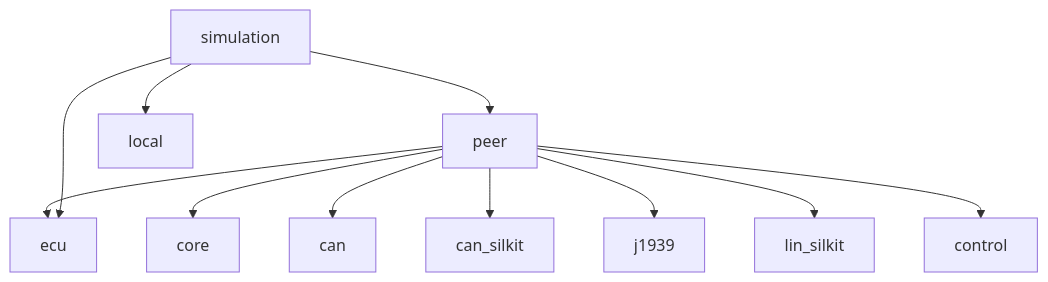
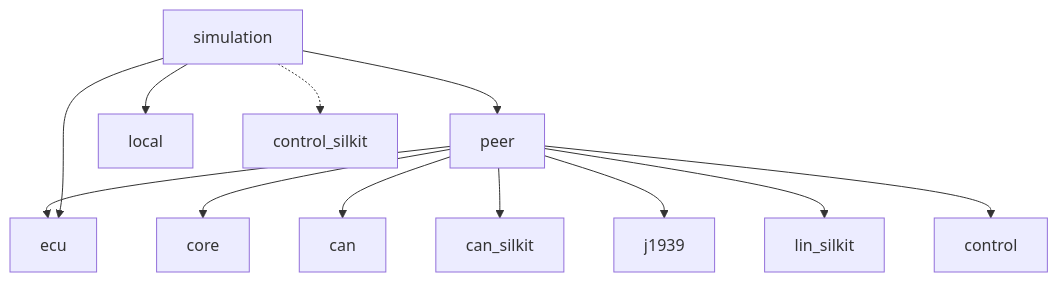
The fifth of 7 diagrams in docs/code-map.md (rahanahu/vehicle-sil), drawn with Mermaid before and after one commit. The commit also changed other lines of this file and 55 other files, not shown here.

````diff
--- a/docs/code-map.md
+++ b/docs/code-map.md
@@ -153,13 +155,14 @@
 ```mermaid
 flowchart TD
     peer --> core
     peer --> can
     peer --> can_silkit
     peer --> ecu
     peer --> j1939
     peer --> lin_silkit
     peer --> control
     simulation --> ecu
     simulation --> peer
     simulation --> local
+    simulation -.-> control_silkit
 ```
````
